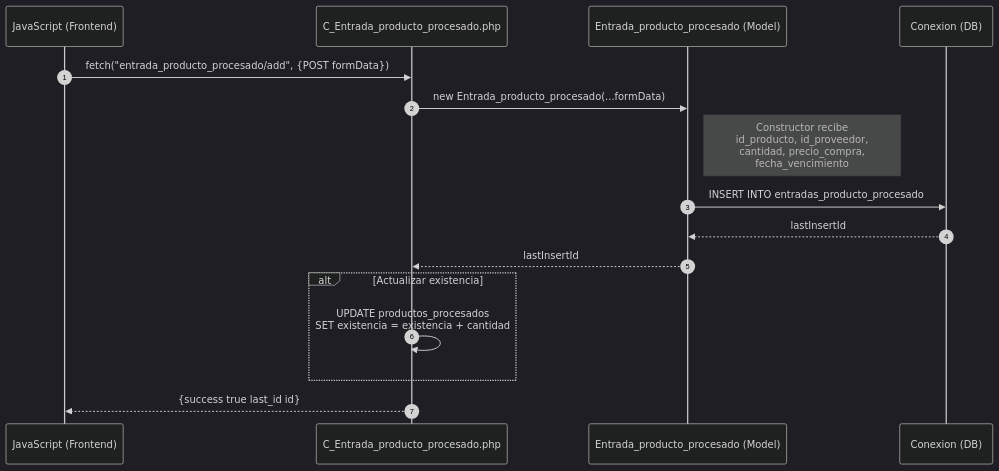
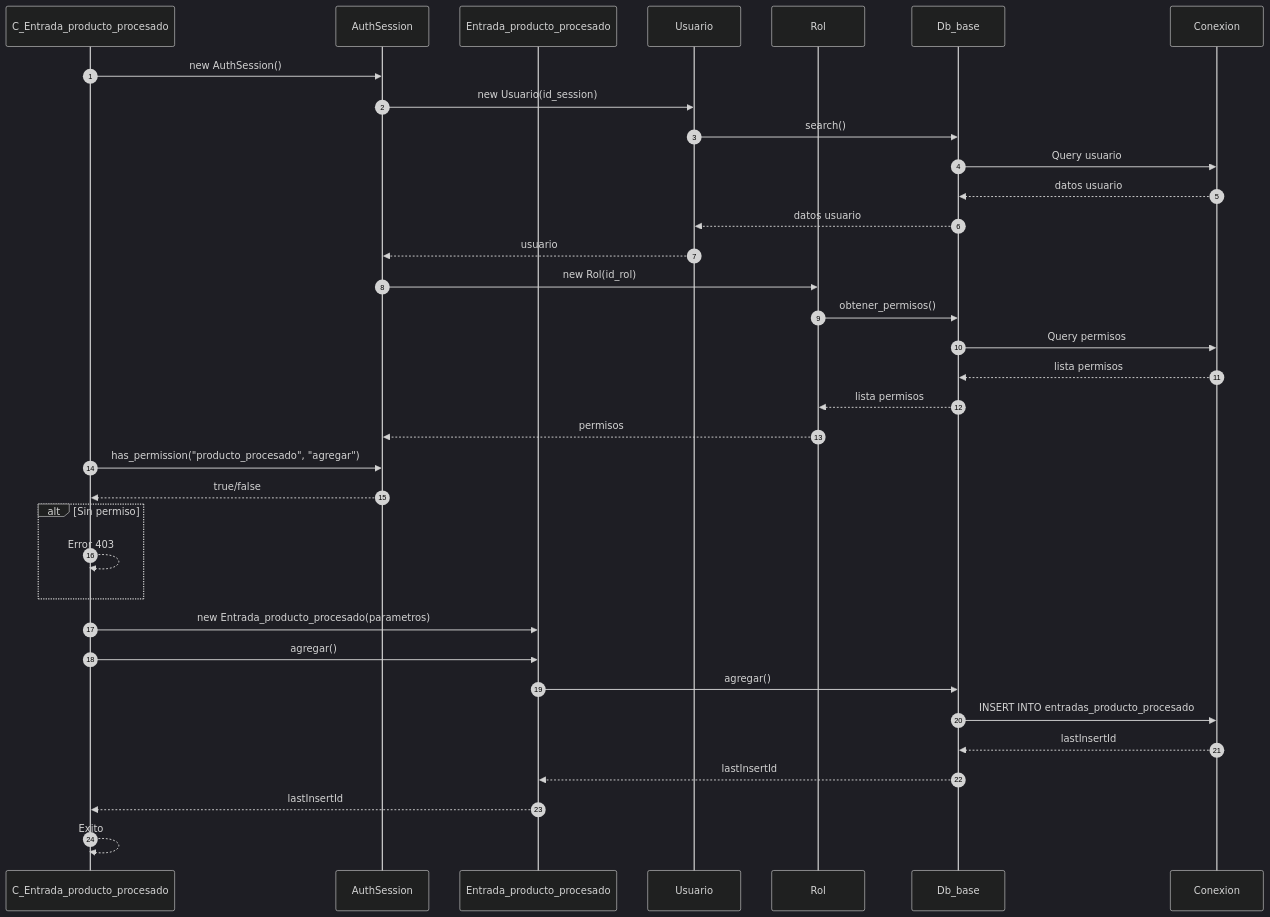
One commit to Tecrato/BurgerHouse changed the second of 4 diagrams in docs/secuencia/productos/producto_procesado.md. Above: the diagram before and after it, drawn with Mermaid (dark theme). The commit also changed other lines of this file and 13 other files, not shown here.

First line of the commit message:
diagramas actualizaos

````diff
--- a/docs/secuencia/productos/producto_procesado.md
+++ b/docs/secuencia/productos/producto_procesado.md
@@ -36,23 +51,43 @@
 ```mermaid
 sequenceDiagram
     autonumber
-    participant JS as JavaScript (Frontend)
-    participant C_Entrada_PP as C_Entrada_producto_procesado.php
-    participant Entrada_PP as Entrada_producto_procesado (Model)
-    participant DB as Conexion (DB)
+    participant C_Entrada_PP as C_Entrada_producto_procesado
+    participant AuthSession as AuthSession
+    participant Entrada_PP as Entrada_producto_procesado
+    participant Usuario as Usuario
+    participant Rol as Rol
+    participant Db_base as Db_base
+    participant Conexion as Conexion
     
-    JS->>C_Entrada_PP: fetch("entrada_producto_procesado/add", {POST formData})
+    C_Entrada_PP->>AuthSession: new AuthSession()
+    AuthSession->>Usuario: new Usuario(id_session)
+    Usuario->>Db_base: search()
+    Db_base->>Conexion: Query usuario
+    Conexion-->>Db_base: datos usuario
+    Db_base-->>Usuario: datos usuario
+    Usuario-->>AuthSession: usuario
     
-    C_Entrada_PP->>Entrada_PP: new Entrada_producto_procesado(...formData)
-    Note right of Entrada_PP: Constructor recibe<br/>id_producto, id_proveedor,<br/>cantidad, precio_compra,<br/>fecha_vencimiento
+    AuthSession->>Rol: new Rol(id_rol)
+    Rol->>Db_base: obtener_permisos()
+    Db_base->>Conexion: Query permisos
+    Conexion-->>Db_base: lista permisos
+    Db_base-->>Rol: lista permisos
+    Rol-->>AuthSession: permisos
     
-    Entrada_PP->>DB: INSERT INTO entradas_producto_procesado
-    DB-->>Entrada_PP: lastInsertId
+    C_Entrada_PP->>AuthSession: has_permission("producto_procesado", "agregar")
+    AuthSession-->>C_Entrada_PP: true/false
+    
+    alt Sin permiso
+        C_Entrada_PP-->>C_Entrada_PP: Error 403
+    end
+    
+    C_Entrada_PP->>Entrada_PP: new Entrada_producto_procesado(parametros)
+    C_Entrada_PP->>Entrada_PP: agregar()
+    Entrada_PP->>Db_base: agregar()
+    Db_base->>Conexion: INSERT INTO entradas_producto_procesado
+    Conexion-->>Db_base: lastInsertId
+    Db_base-->>Entrada_PP: lastInsertId
     Entrada_PP-->>C_Entrada_PP: lastInsertId
     
-    alt Actualizar existencia
-        C_Entrada_PP->>C_Entrada_PP: UPDATE productos_procesados<br/>SET existencia = existencia + cantidad
-    end
-    
-    C_Entrada_PP-->>JS: {success true last_id id}
+    C_Entrada_PP-->>C_Entrada_PP: Exito
 ```
````
